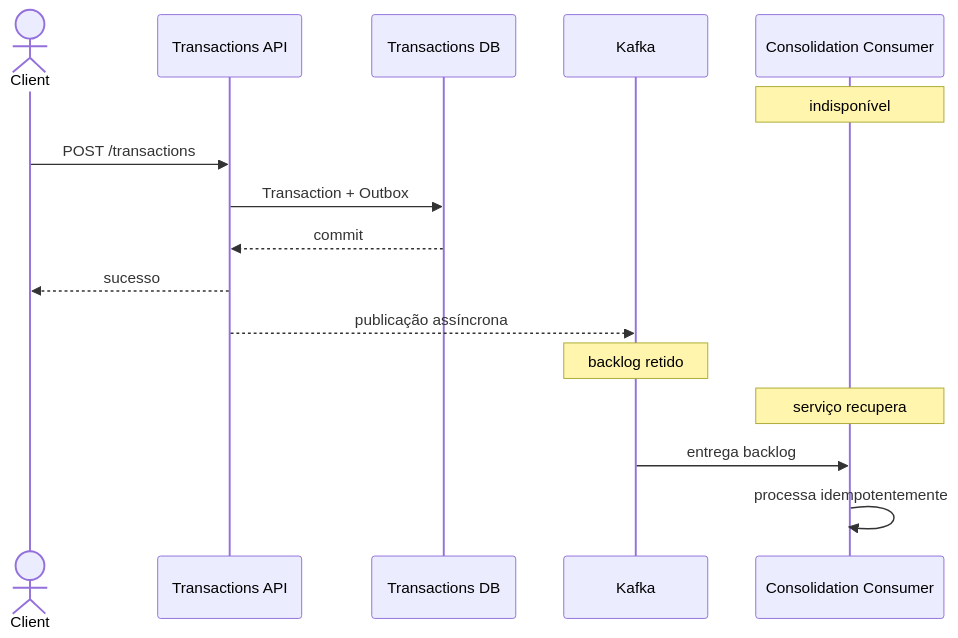
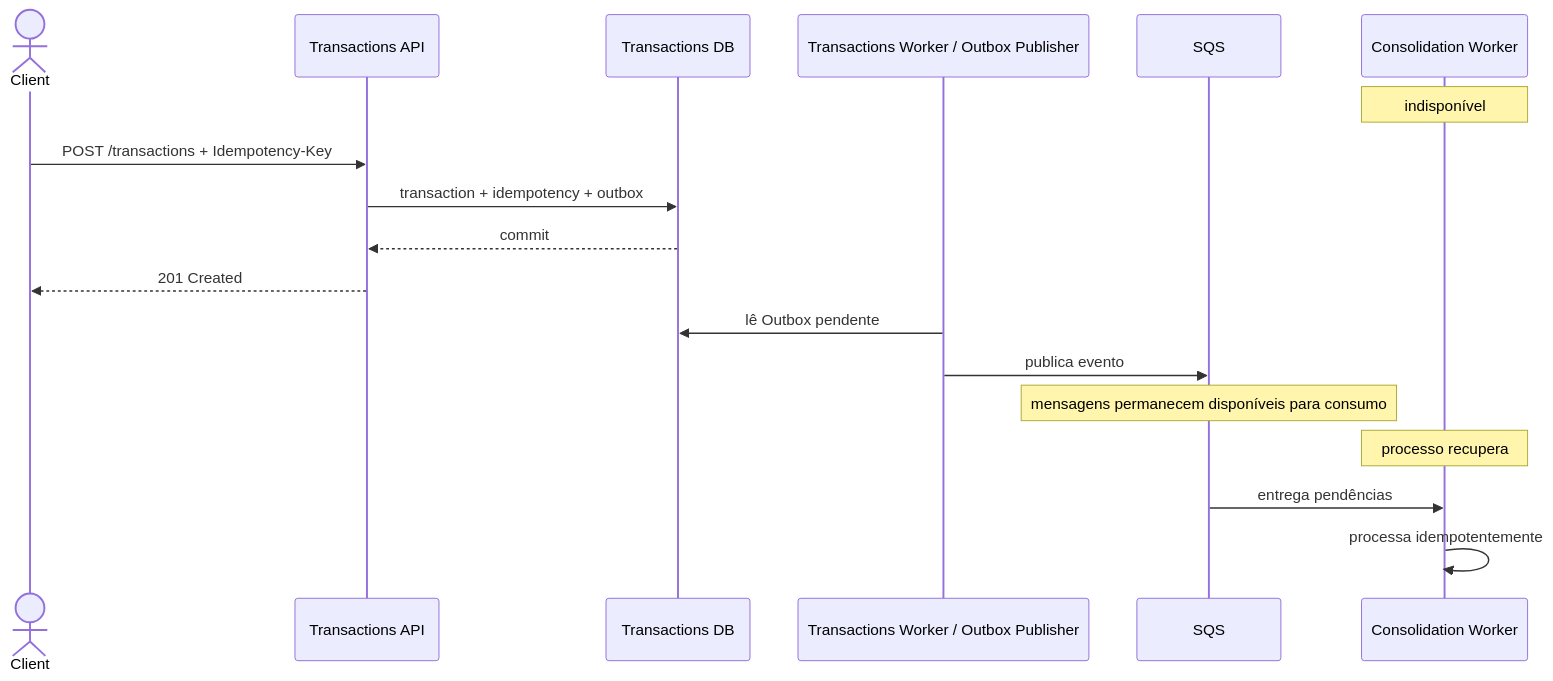
One commit to ThiagoFerraciolli/cash-flow-architecture changed the third of 8 diagrams in docs/04-views/Dynamic-Views.md. Above: the diagram before and after it, drawn with Mermaid. The commit also changed other lines of this file, not shown here.

Commit message:
docs: corrige fluxos dinamicos para outbox e SQS

````diff
--- a/docs/04-views/Dynamic-Views.md
+++ b/docs/04-views/Dynamic-Views.md
@@ -50,19 +55,21 @@
 ```mermaid
 sequenceDiagram
     actor Client
     participant T as Transactions API
     participant DB as Transactions DB
-    participant K as Kafka
-    participant C as Consolidation Consumer
+    participant O as Transactions Worker / Outbox Publisher
+    participant Q as SQS
+    participant C as Consolidation Worker
 
     Note over C: indisponível
-    Client->>T: POST /transactions
-    T->>DB: Transaction + Outbox
+    Client->>T: POST /transactions + Idempotency-Key
+    T->>DB: transaction + idempotency + outbox
     DB-->>T: commit
-    T-->>Client: sucesso
-    T-->>K: publicação assíncrona
-    Note over K: backlog retido
-    Note over C: serviço recupera
-    K->>C: entrega backlog
+    T-->>Client: 201 Created
+    O->>DB: lê Outbox pendente
+    O->>Q: publica evento
+    Note over Q: mensagens permanecem disponíveis para consumo
+    Note over C: processo recupera
+    Q->>C: entrega pendências
     C->>C: processa idempotentemente
 ```
````
